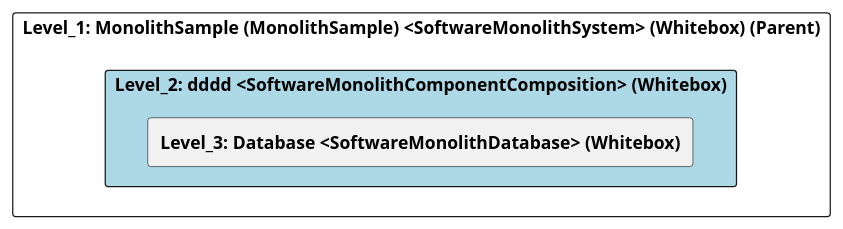
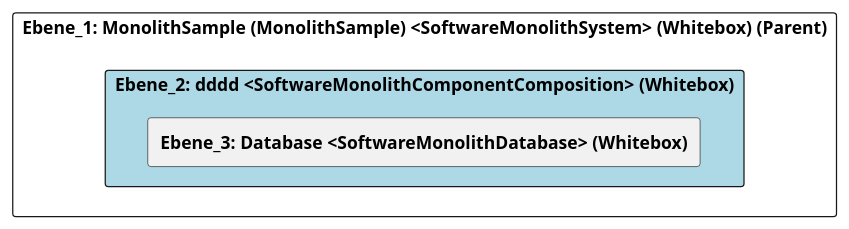
Before and after one commit to marcozwyssig/cleon: the diagram in src/cleon.architecturemethods.arc42.sample/doc/cleon_architecturemethods_arc42_sample_software_monolith/adoc/en/05_building_block_view/monolithsample/dddd/level_2_dddd.adoc, drawn with PlantUML. The commit also changed other lines of this file and 214 other files, not shown here.

```diff
--- a/src/cleon.architecturemethods.arc42.sample/doc/cleon_architecturemethods_arc42_sample_software_monolith/adoc/en/05_building_block_view/monolithsample/dddd/level_2_dddd.adoc
+++ b/src/cleon.architecturemethods.arc42.sample/doc/cleon_architecturemethods_arc42_sample_software_monolith/adoc/en/05_building_block_view/monolithsample/dddd/level_2_dddd.adoc
@@ -20,26 +20,26 @@
-[plantuml, Level_2: dddd <SoftwareMonolithComponentComposition> (Whitebox)BlockOverview, format="svg"]
+[plantuml, Ebene_2: dddd <SoftwareMonolithComponentComposition> (Whitebox)BlockOverview, format="svg"]
 ----
-@startuml Level_2: dddd <SoftwareMonolithComponentComposition> (Whitebox)BuildingBlockOverview
+@startuml Ebene_2: dddd <SoftwareMonolithComponentComposition> (Whitebox)BuildingBlockOverview
 
 skinparam ranksep 10
 skinparam componentStyle rectangle
 skinparam shadowing false
 skinparam arrowColor lightblue
 skinparam arrowThickness 1.2
 skinparam rectangle {
   BackgroundColor White
   BorderColor #333
   RoundCorner 10
 }
 top to bottom direction
 
-component "Level_1: MonolithSample (MonolithSample) <SoftwareMonolithSystem> (Whitebox) (Parent)" {
-    component "Level_2: dddd <SoftwareMonolithComponentComposition> (Whitebox)" #lightblue {
-        [**Level_3: Database <SoftwareMonolithDatabase> (Whitebox)**] as 958E2EF1_CB0A_11F0_AD08_33C52ACB975F
+component "Ebene_1: MonolithSample (MonolithSample) <SoftwareMonolithSystem> (Whitebox) (Parent)" {
+    component "Ebene_2: dddd <SoftwareMonolithComponentComposition> (Whitebox)" #lightblue {
+        [**Ebene_3: Database <SoftwareMonolithDatabase> (Whitebox)**] as 958E2EF1_CB0A_11F0_AD08_33C52ACB975F
     }
 
     
 }
 
 @enduml
 ----
```
